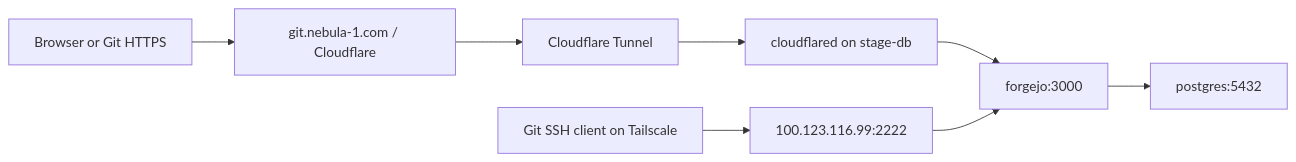
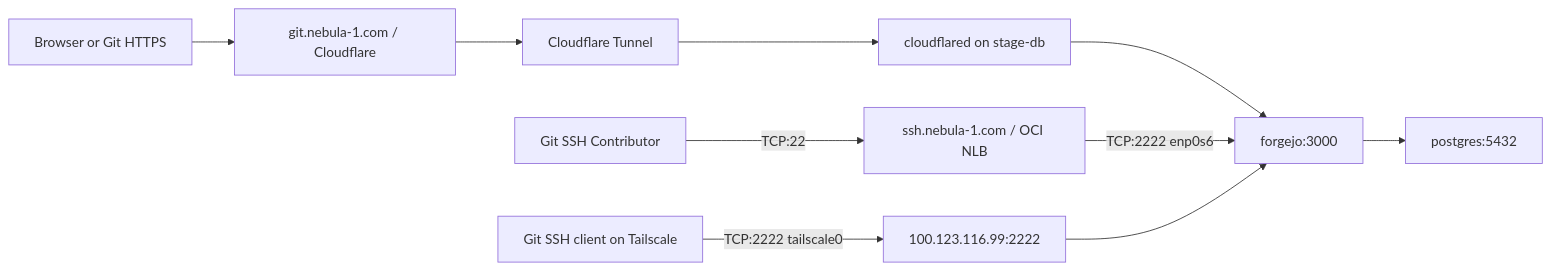
The diagram in docs/infra/oci-forgejo.md (MylesLandais/nix), drawn with Mermaid before and after one commit. The commit also changed other lines of this file and 12 other files, not shown here.

Commit message:
feat(infra): add public Git SSH routing via OCI NLB and VCN ingress

````diff
--- a/docs/infra/oci-forgejo.md
+++ b/docs/infra/oci-forgejo.md
@@ -21,10 +21,12 @@
 ```mermaid
 flowchart LR
     Browser[Browser or Git HTTPS] --> CF[git.nebula-1.com / Cloudflare]
     CF --> Tunnel[Cloudflare Tunnel]
     Tunnel --> Connector[cloudflared on stage-db]
     Connector --> Forgejo[forgejo:3000]
     Forgejo --> DB[postgres:5432]
-    GitSSH[Git SSH client on Tailscale] --> SSH[100.123.116.99:2222]
+    GitPublic[Git SSH Contributor] -->|TCP:22| NLB[ssh.nebula-1.com / OCI NLB]
+    NLB -->|TCP:2222 enp0s6| Forgejo
+    GitSSH[Git SSH client on Tailscale] -->|TCP:2222 tailscale0| SSH[100.123.116.99:2222]
     SSH --> Forgejo
 ```
````
